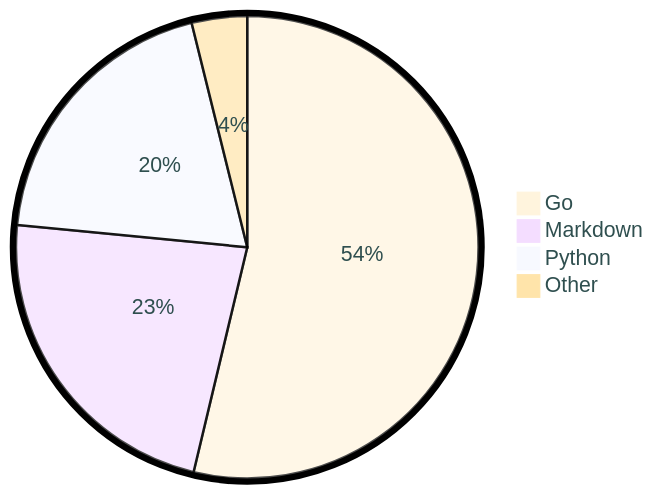
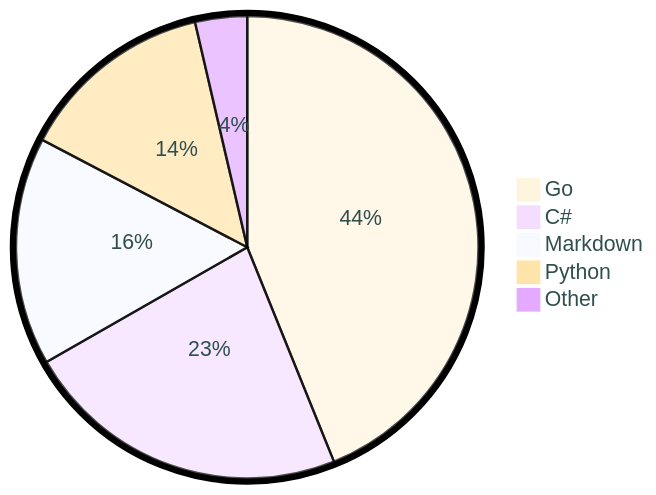
One commit to tot0p/tot0p changed the diagram in README.md. Above: the diagram before and after it, drawn with Mermaid. The commit also changed other lines of this file, not shown here.

````diff
--- a/README.md
+++ b/README.md
@@ -79,8 +83,9 @@
 ```mermaid
 %%{init: {"pie": {"textPosition": 0.5}, "themeVariables": {"pieOuterStrokeWidth": "5px","primaryTextColor" : "#2F4F4F"},"theme":"base"} }%%
 pie
-	"Go": 53.73
-	"Markdown": 22.81
-	"Python": 19.59
-	"Other": 3.8699999999999997
+	"Go": 43.88
+	"C#": 22.85
+	"Markdown": 15.94
+	"Python": 13.69
+	"Other": 3.6299999999999994
 ```
````
